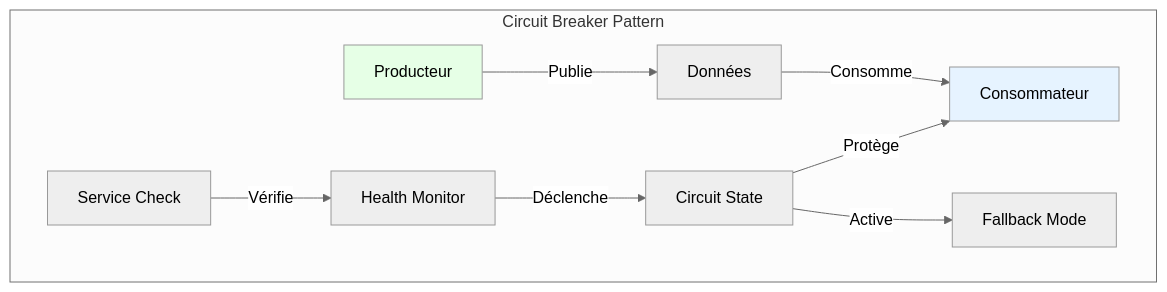
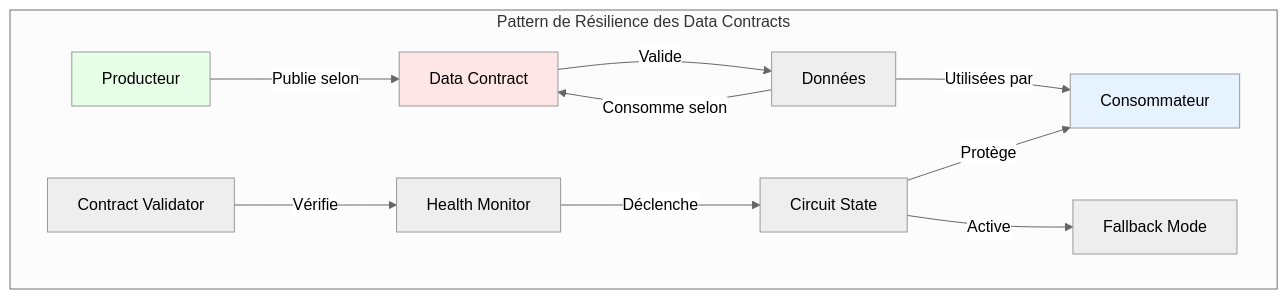
Before and after one commit to monmaya/pyb-data-contracts: the second of 4 diagrams in docs/fr/articles/04-patterns-architecture.md, drawn with Mermaid (neutral theme). The commit also changed other lines of this file and 4 other files, not shown here.

````diff
--- a/docs/fr/articles/04-patterns-architecture.md
+++ b/docs/fr/articles/04-patterns-architecture.md
@@ -44,16 +44,20 @@
 ```mermaid
 graph TD
-    subgraph "Circuit Breaker Pattern"
-        P[Producteur] -->|Publie| D[Données]
-        D -->|Consomme| C[Consommateur]
-        E[Service Check] -->|Vérifie| F[Health Monitor]
+    subgraph "Pattern de Résilience des Data Contracts"
+        P[Producteur] -->|Publie selon| DC[Data Contract]
+        DC -->|Valide| D[Données]
+        D -->|Consomme selon| DC
+        D -->|Utilisées par| C[Consommateur]
+        E[Contract Validator] -->|Vérifie| F[Health Monitor]
         F -->|Déclenche| G[Circuit State]
         G -->|Protège| C
         G -->|Active| H[Fallback Mode]
     end
 
     classDef producer fill:#e6ffe6;
     classDef consumer fill:#e6f3ff;
+    classDef contract fill:#ffe6e6;
     class P producer;
     class C consumer;
+    class DC contract;
 ```
````
